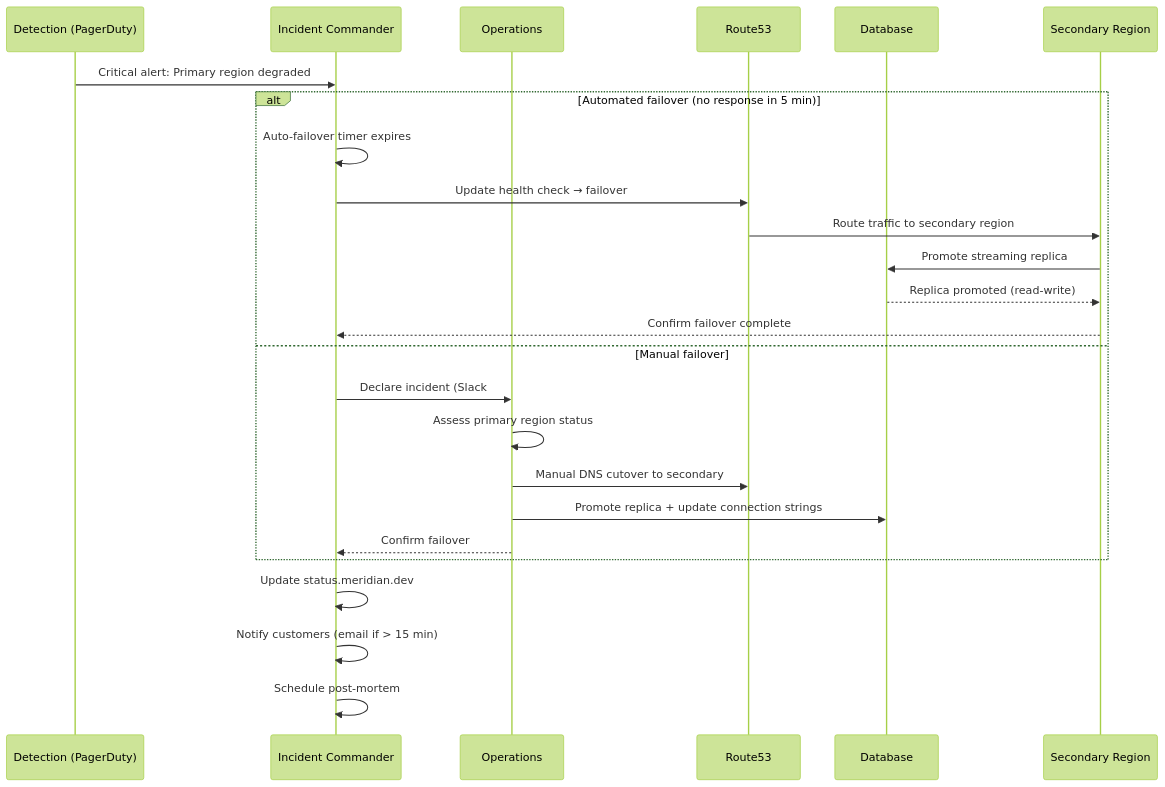
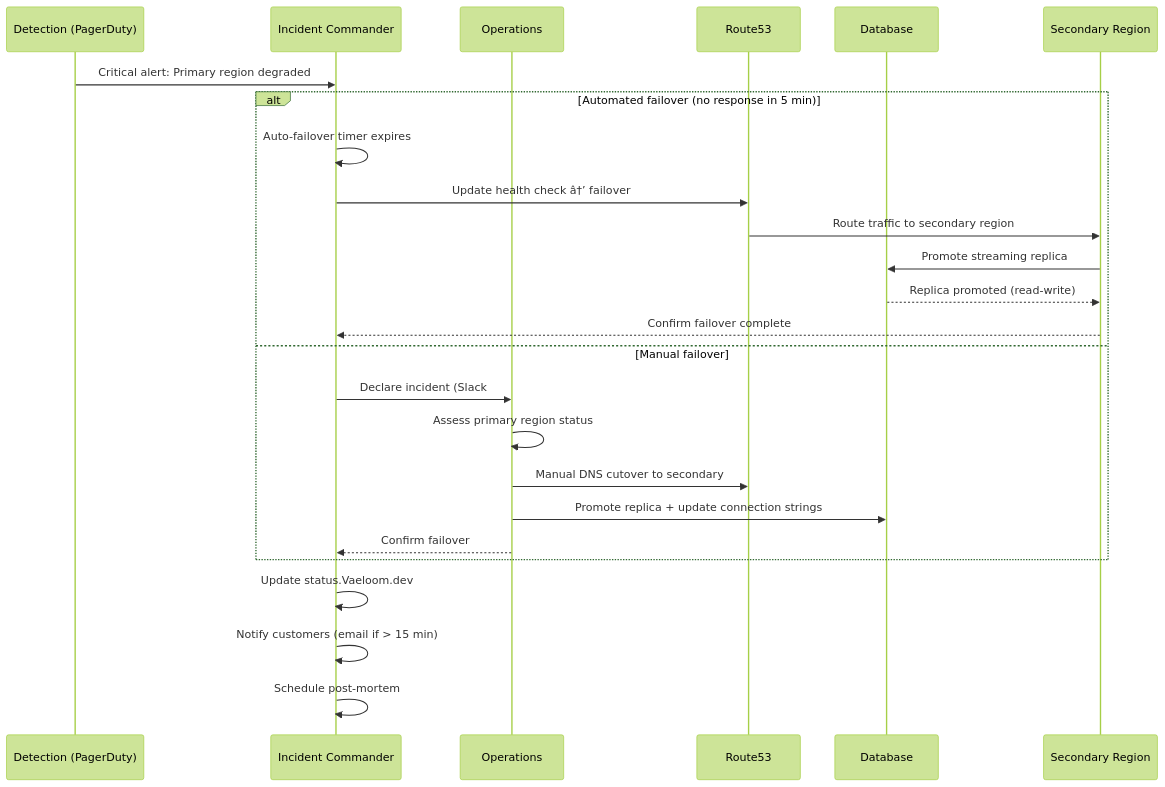
One commit to Driftloom/Vaeloom changed the second of 3 diagrams in Docs/Operations/Business-Continuity-Plan.md. Above: the diagram before and after it, drawn with Mermaid (forest theme). The commit also changed other lines of this file and 249 other files, not shown here.

Commit message:
Rename all references from Meridian to Vaeloom across docs, scripts, and config

````diff
--- a/Docs/Operations/Business-Continuity-Plan.md
+++ b/Docs/Operations/Business-Continuity-Plan.md
@@ -71,30 +71,30 @@
 ```mermaid
 sequenceDiagram
     participant D as Detection (PagerDuty)
     participant C as Incident Commander
     participant O as Operations
     participant DNS as Route53
     participant DB as Database
     participant REG as Secondary Region
 
     D->>C: Critical alert: Primary region degraded
 
     alt Automated failover (no response in 5 min)
         C->>C: Auto-failover timer expires
-        C->>DNS: Update health check → failover
+        C->>DNS: Update health check â†’ failover
         DNS->>REG: Route traffic to secondary region
         REG->>DB: Promote streaming replica
         DB-->>REG: Replica promoted (read-write)
         REG-->>C: Confirm failover complete
     else Manual failover
         C->>O: Declare incident (Slack #incident-response)
         O->>O: Assess primary region status
         O->>DNS: Manual DNS cutover to secondary
         O->>DB: Promote replica + update connection strings
         O-->>C: Confirm failover
     end
 
-    C->>C: Update status.meridian.dev
+    C->>C: Update status.Vaeloom.dev
     C->>C: Notify customers (email if > 15 min)
     C->>C: Schedule post-mortem
 ```
````
